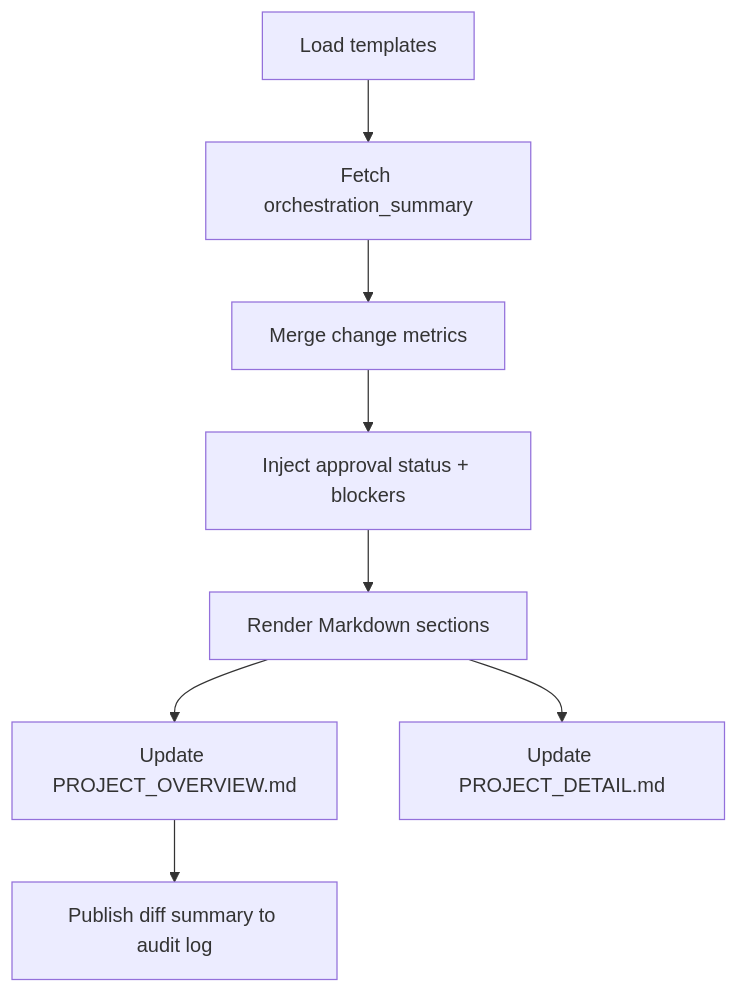
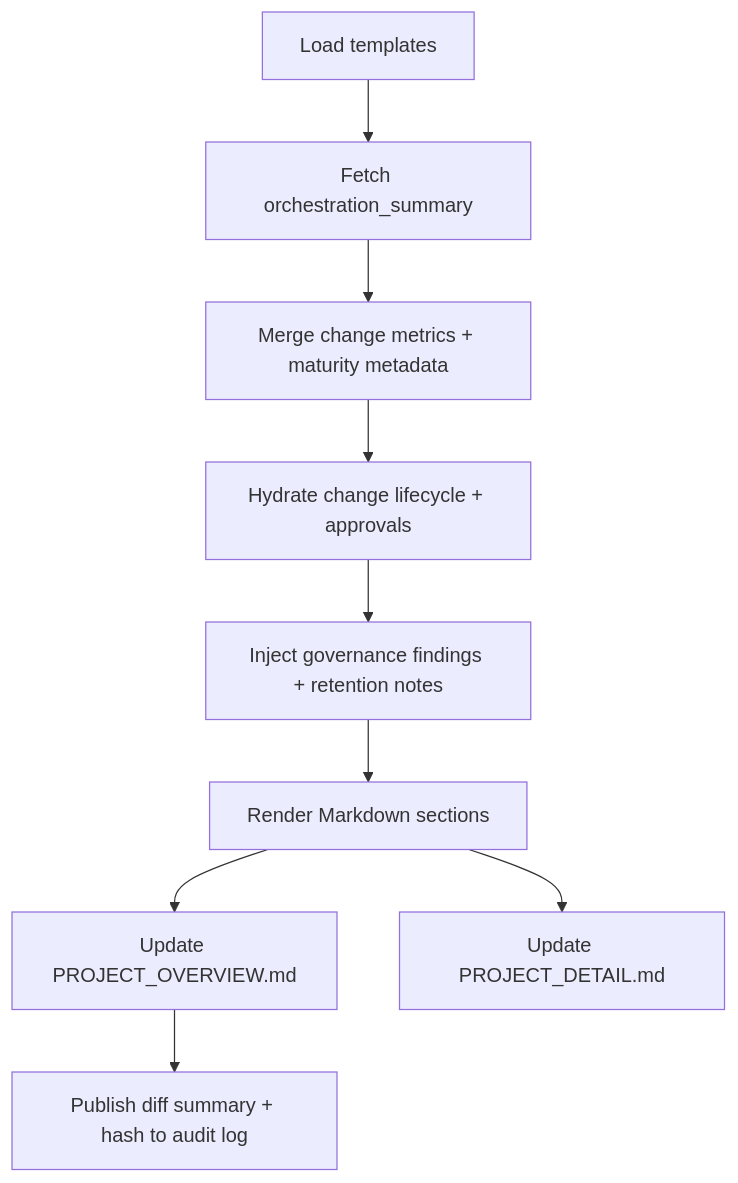
The diagram in docs/requirements/elaborations/FR-02_elaboration.md (christaylor98/dynaforge.ai), drawn with Mermaid before and after one commit. The commit also changed other lines of this file and 43 other files, not shown here.

````diff
--- a/docs/requirements/elaborations/FR-02_elaboration.md
+++ b/docs/requirements/elaborations/FR-02_elaboration.md
@@ -23,10 +33,11 @@
 ```mermaid
 flowchart TD
   A[Load templates] --> B[Fetch orchestration_summary]
-  B --> C[Merge change metrics]
-  C --> D[Inject approval status + blockers]
-  D --> E[Render Markdown sections]
-  E --> F[Update PROJECT_OVERVIEW.md]
-  E --> G[Update PROJECT_DETAIL.md]
-  F --> H[Publish diff summary to audit log]
+  B --> C[Merge change metrics + maturity metadata]
+  C --> D[Hydrate change lifecycle + approvals]
+  D --> E[Inject governance findings + retention notes]
+  E --> F[Render Markdown sections]
+  F --> G[Update PROJECT_OVERVIEW.md]
+  F --> H[Update PROJECT_DETAIL.md]
+  G --> I[Publish diff summary + hash to audit log]
 ```
````
